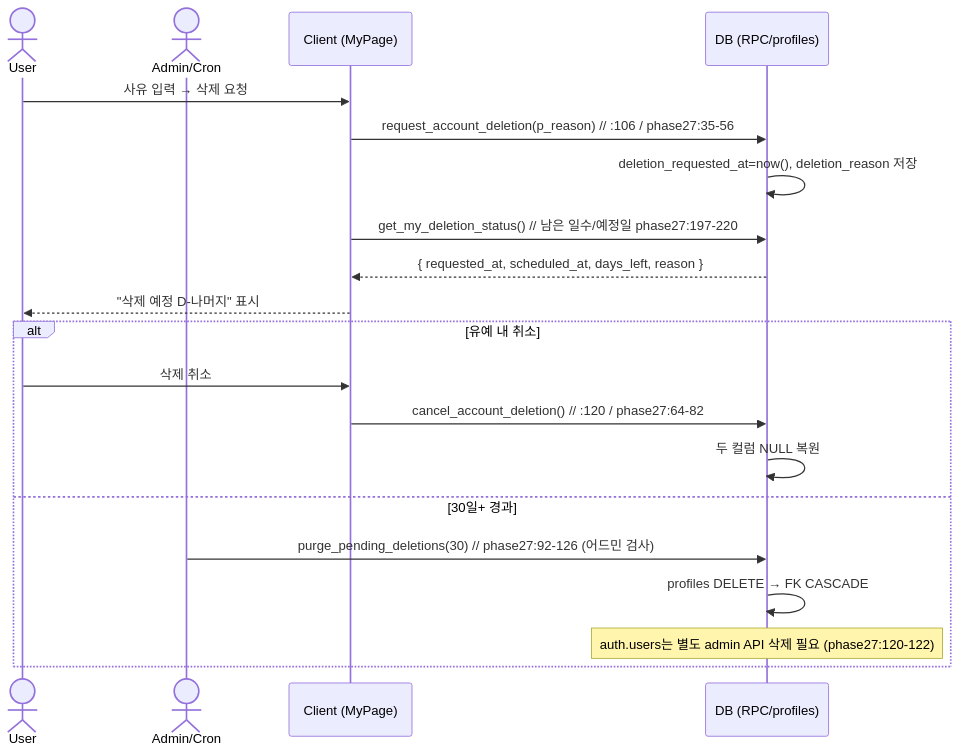
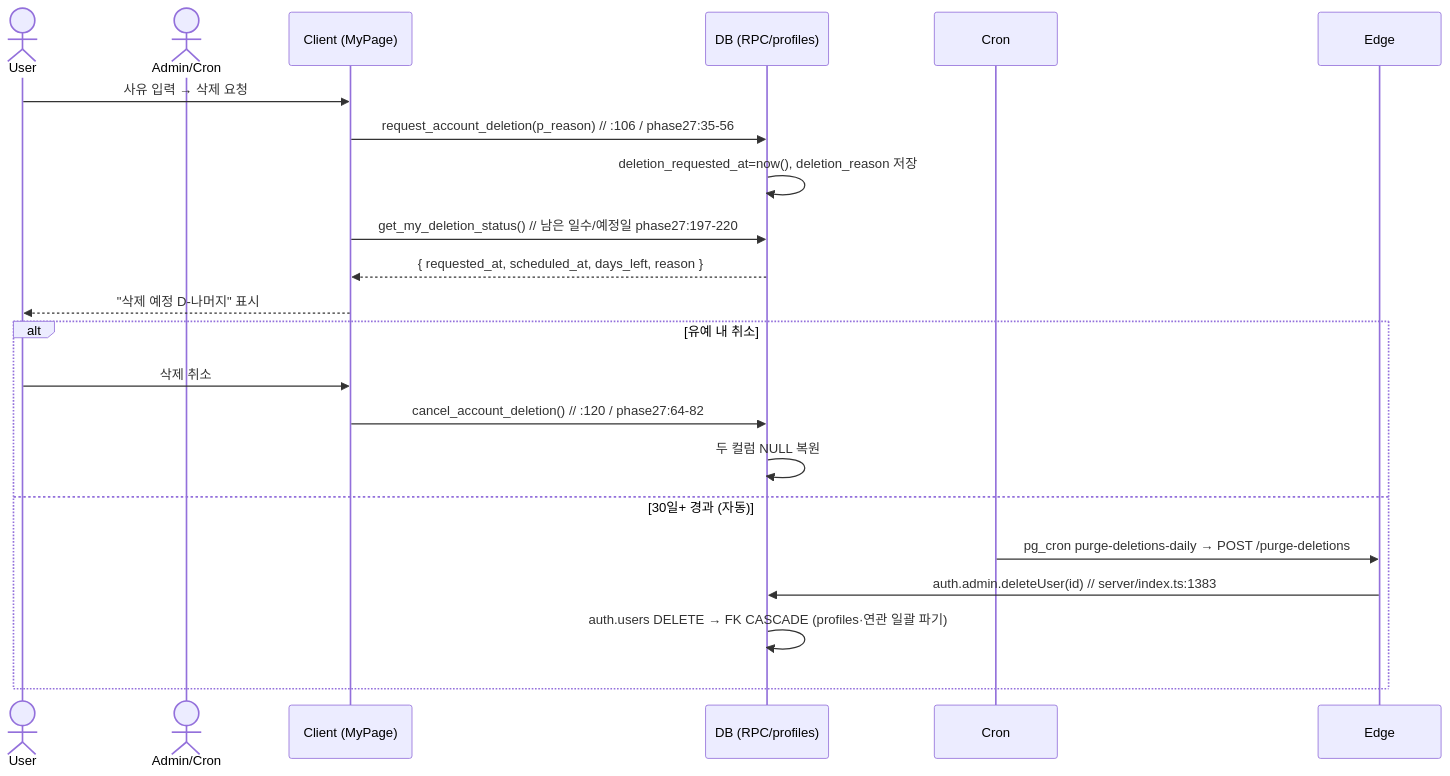
The fourth of 5 diagrams in docs/prd/01-auth-onboarding.md (crebiz-commits/ai-v-market), drawn with Mermaid before and after one commit. The commit also changed other lines of this file, not shown here.

First line of the commit message:
docs(B2): 계정삭제 auth.users 자동화 — 명세 오탐 정정(이미 구현됨)

````diff
--- a/docs/prd/01-auth-onboarding.md
+++ b/docs/prd/01-auth-onboarding.md
@@ -511,23 +511,23 @@
 ```mermaid
 sequenceDiagram
     actor User
     actor Admin as Admin/Cron
     participant Client as Client (MyPage)
     participant DB as DB (RPC/profiles)
 
     User->>Client: 사유 입력 → 삭제 요청
     Client->>DB: request_account_deletion(p_reason)  // :106 / phase27:35-56
     DB->>DB: deletion_requested_at=now(), deletion_reason 저장
     Client->>DB: get_my_deletion_status()  // 남은 일수/예정일 phase27:197-220
     DB-->>Client: { requested_at, scheduled_at, days_left, reason }
     Client-->>User: "삭제 예정 D-나머지" 표시
     alt 유예 내 취소
         User->>Client: 삭제 취소
         Client->>DB: cancel_account_deletion()  // :120 / phase27:64-82
         DB->>DB: 두 컬럼 NULL 복원
-    else 30일+ 경과
-        Admin->>DB: purge_pending_deletions(30)  // phase27:92-126 (어드민 검사)
-        DB->>DB: profiles DELETE → FK CASCADE
-        Note over DB: auth.users는 별도 admin API 삭제 필요 (phase27:120-122)
+    else 30일+ 경과 (자동)
+        Cron->>Edge: pg_cron purge-deletions-daily → POST /purge-deletions
+        Edge->>DB: auth.admin.deleteUser(id)  // server/index.ts:1383
+        DB->>DB: auth.users DELETE → FK CASCADE (profiles·연관 일괄 파기)
     end
 ```
````
